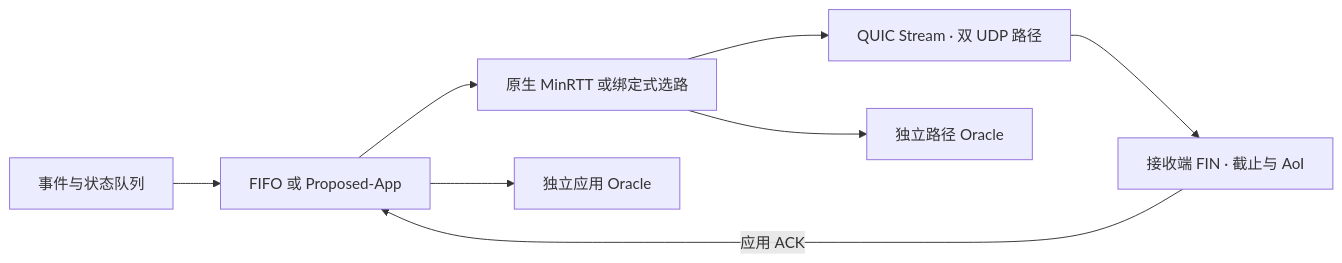
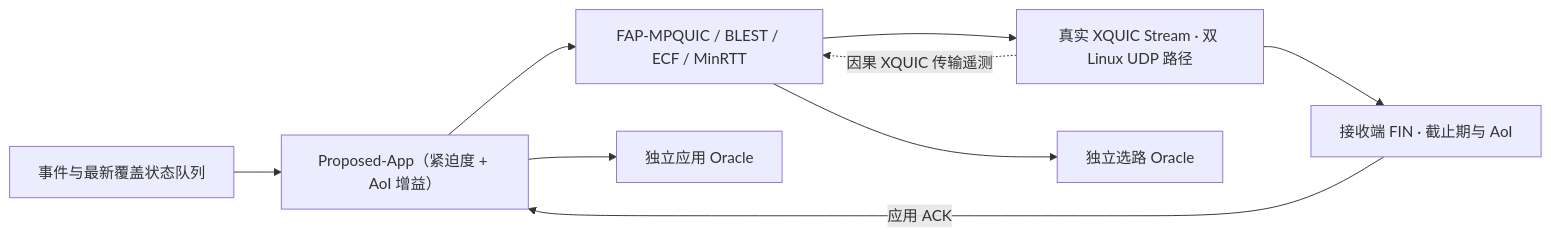
The diagram in README.zh-CN.md (Sver0411/IoT-MPQUIC-Scheduler), drawn with Mermaid before and after one commit. The commit also changed other lines of this file and 1 other file, not shown here.

````diff
--- a/README.zh-CN.md
+++ b/README.zh-CN.md
@@ -13,10 +30,11 @@
 ```mermaid
 flowchart LR
-    Q["事件与状态队列"] --> A["FIFO 或 Proposed-App"]
-    A --> P["原生 MinRTT 或绑定式选路"]
-    P --> S["QUIC Stream · 双 UDP 路径"]
-    S --> R["接收端 FIN · 截止与 AoI"]
+    Q["事件与最新覆盖状态队列"] --> A["Proposed-App（紧迫度 + AoI 增益）"]
+    A --> P["FAP-MPQUIC / BLEST / ECF / MinRTT"]
+    P --> S["真实 XQUIC Stream · 双 Linux UDP 路径"]
+    S --> R["接收端 FIN · 截止期与 AoI"]
     R -->|"应用 ACK"| A
+    S -.->|"因果 XQUIC 传输遥测"| P
     A --> O["独立应用 Oracle"]
-    P --> O2["独立路径 Oracle"]
+    P --> O2["独立选路 Oracle"]
 ```
````
